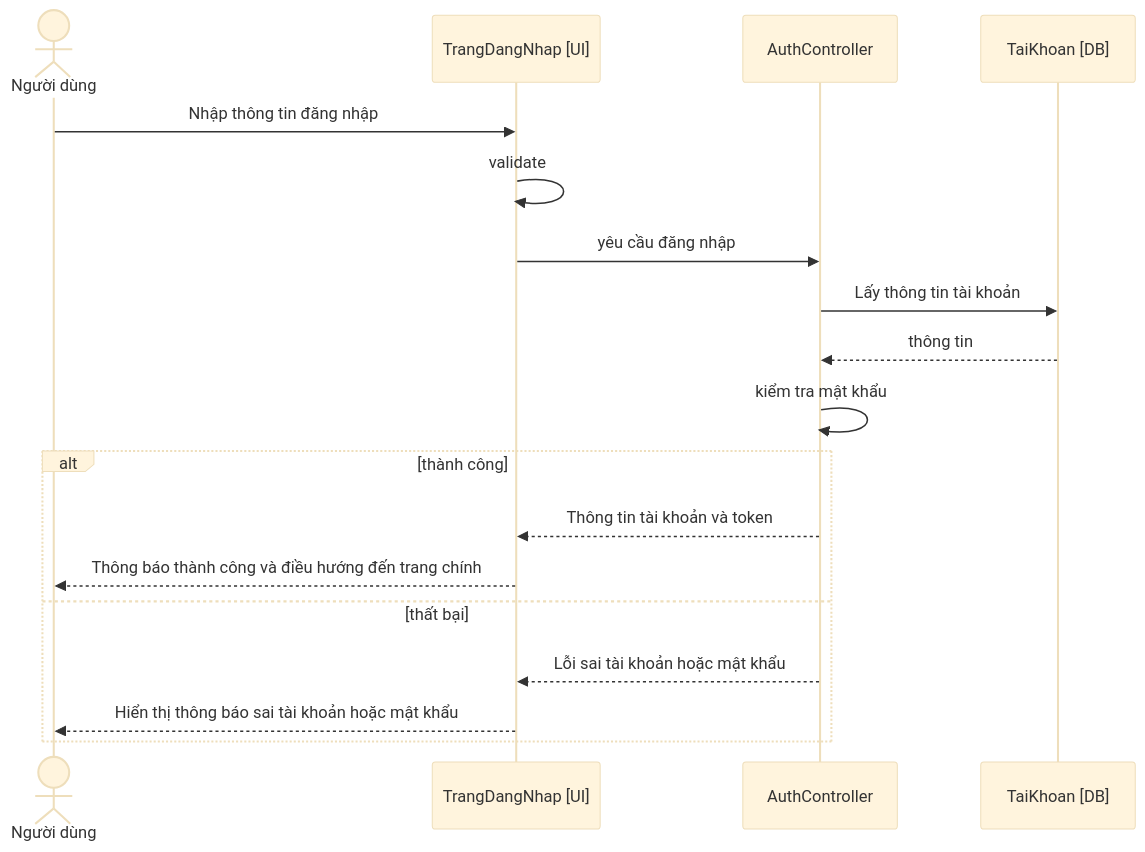
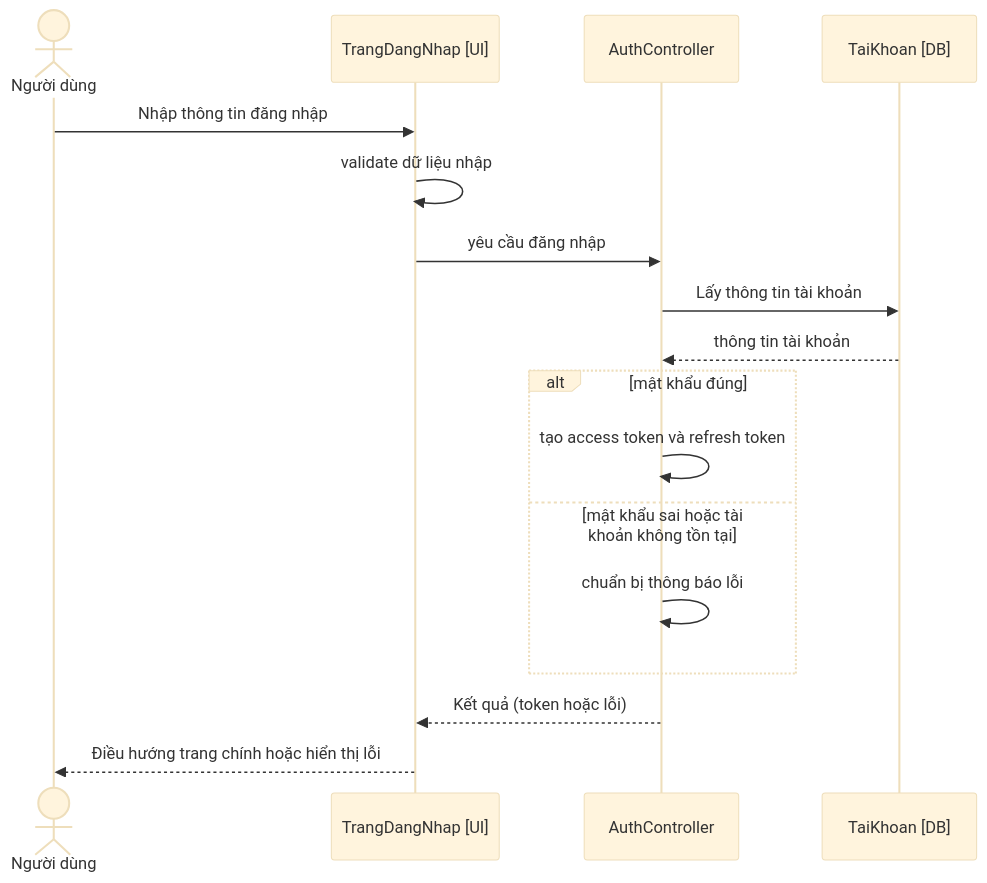
One commit to tranducbk/DATN_PM_QLKT changed the first of 9 diagrams in docs/diagrams/05-sequence.md. Above: the diagram before and after it, drawn with Mermaid (base theme). The commit also changed other lines of this file and 69 other files, not shown here.

````diff
--- a/docs/diagrams/05-sequence.md
+++ b/docs/diagrams/05-sequence.md
@@ -16,22 +30,22 @@
 ```mermaid
 sequenceDiagram
     actor User as Người dùng
     participant Page as TrangDangNhap [UI]
     participant Ctrl as AuthController
     participant Acc as TaiKhoan [DB]
 
     User->>Page: Nhập thông tin đăng nhập
-    Page->>Page: validate
+    Page->>Page: validate dữ liệu nhập
     Page->>Ctrl: yêu cầu đăng nhập
     Ctrl->>Acc: Lấy thông tin tài khoản
-    Acc-->>Ctrl: thông tin
-    Ctrl->>Ctrl: kiểm tra mật khẩu
+    Acc-->>Ctrl: thông tin tài khoản
 
-    alt thành công
-        Ctrl-->>Page: Thông tin tài khoản và token
-        Page-->>User: Thông báo thành công và điều hướng đến trang chính
-    else thất bại
-        Ctrl-->>Page: Lỗi sai tài khoản hoặc mật khẩu
-        Page-->>User: Hiển thị thông báo sai tài khoản hoặc mật khẩu
+    alt mật khẩu đúng
+        Ctrl->>Ctrl: tạo access token và refresh token
+    else mật khẩu sai hoặc tài khoản không tồn tại
+        Ctrl->>Ctrl: chuẩn bị thông báo lỗi
     end
+
+    Ctrl-->>Page: Kết quả (token hoặc lỗi)
+    Page-->>User: Điều hướng trang chính hoặc hiển thị lỗi
 ```
````
